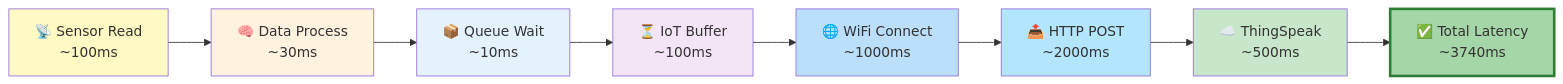
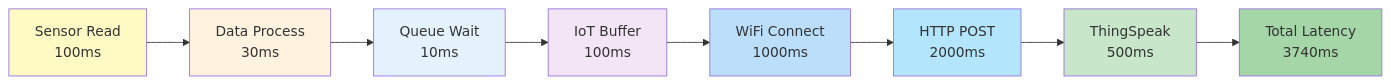
One commit to ficrammanifur/ESP32-RTOS-Environmental-Monitor changed diagram 25 of 25 in README.md. Above: the diagram before and after it, drawn with Mermaid. The commit also changed other lines of this file, not shown here.

````diff
--- a/README.md
+++ b/README.md
@@ -1204,19 +1239,19 @@
 ```mermaid
 graph LR
-    A["📡 Sensor Read<br/>~100ms"] --> B["🧠 Data Process<br/>~30ms"]
-    B --> C["📦 Queue Wait<br/>~10ms"]
-    C --> D["⏳ IoT Buffer<br/>~100ms"]
-    D --> E["🌐 WiFi Connect<br/>~1000ms"]
-    E --> F["📤 HTTP POST<br/>~2000ms"]
-    F --> G["☁️ ThingSpeak<br/>~500ms"]
-    G --> H["✅ Total Latency<br/>~3740ms"]
+    A["Sensor Read<br/>100ms"] --> B["Data Process<br/>30ms"]
+    B --> C["Queue Wait<br/>10ms"]
+    C --> D["IoT Buffer<br/>100ms"]
+    D --> E["WiFi Connect<br/>1000ms"]
+    E --> F["HTTP POST<br/>2000ms"]
+    F --> G["ThingSpeak<br/>500ms"]
+    G --> H["Total Latency<br/>3740ms"]
     
     style A fill:#fff9c4
     style B fill:#fff3e0
     style C fill:#e3f2fd
     style D fill:#f3e5f5
     style E fill:#bbdefb
     style F fill:#b3e5fc
     style G fill:#c8e6c9
-    style H fill:#a5d6a7,stroke:#2e7d32,stroke-width:3px
+    style H fill:#a5d6a7
 ```
````
